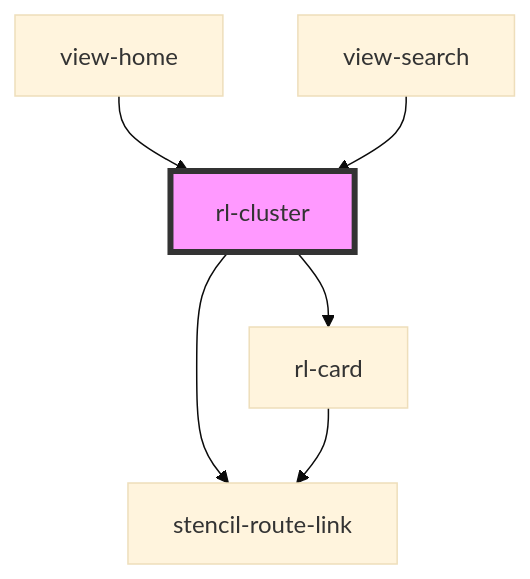
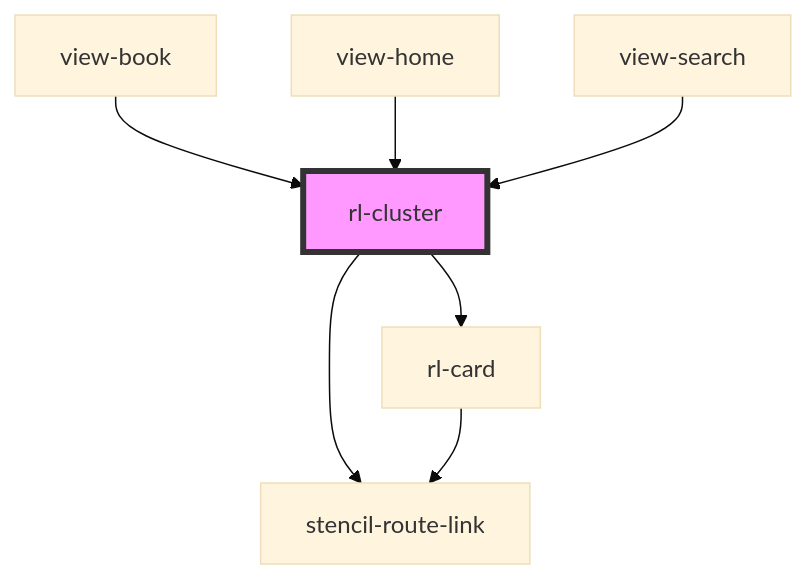
The diagram in src/components/cluster/readme.md (torontomulibrary/building-info-system), drawn with Mermaid (base theme) before and after one commit. The commit also changed other lines of this file and 5 other files, not shown here.

````diff
--- a/src/components/cluster/readme.md
+++ b/src/components/cluster/readme.md
@@ -32,9 +33,10 @@
 ```mermaid
 graph TD;
   rl-cluster --> rl-card
   rl-cluster --> stencil-route-link
   rl-card --> stencil-route-link
+  view-book --> rl-cluster
   view-home --> rl-cluster
   view-search --> rl-cluster
   style rl-cluster fill:#f9f,stroke:#333,stroke-width:4px
 ```
````
